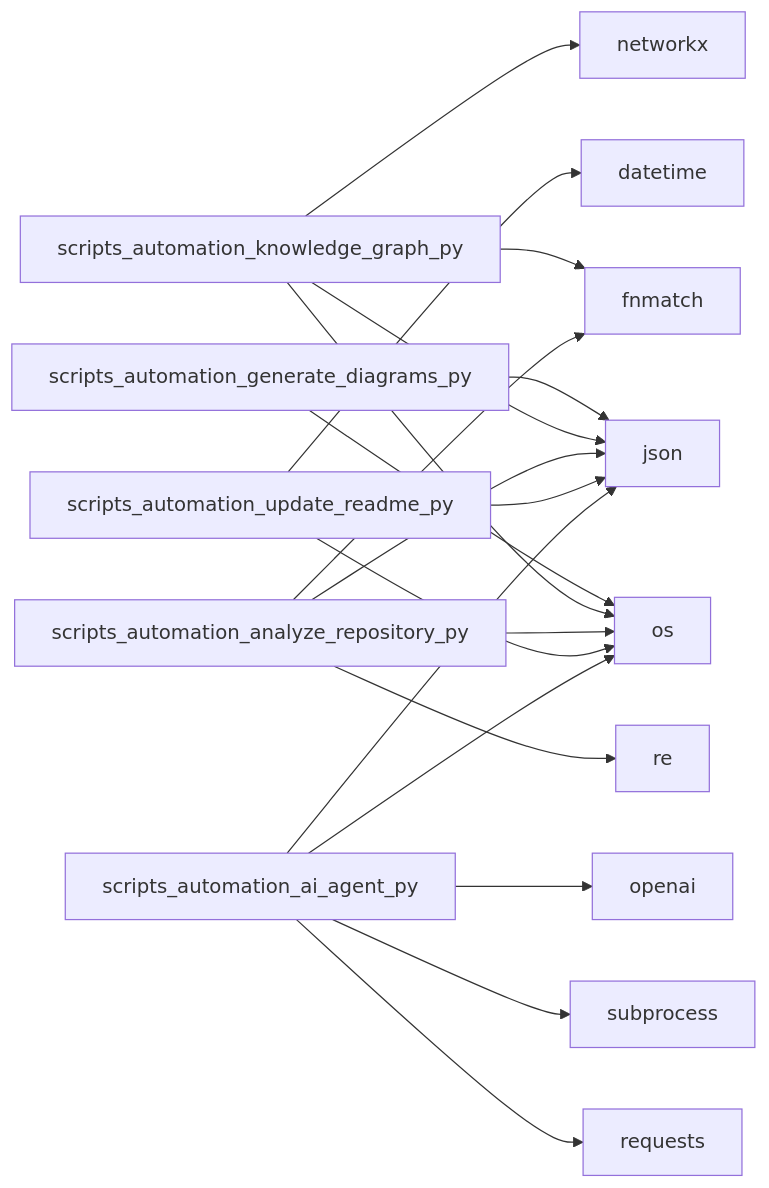
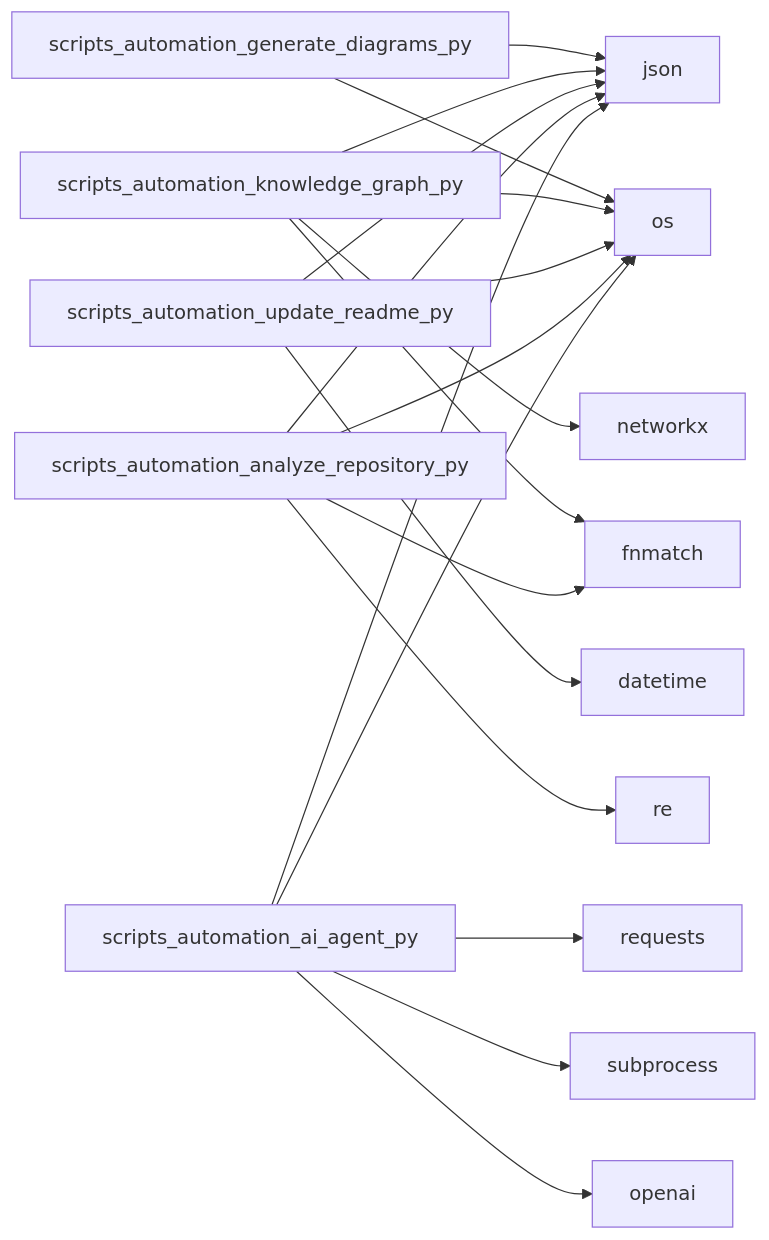
Before and after one commit to NITISH-R-G/FUTURE_DS_01: the second of 2 diagrams in README.md, drawn with Mermaid. The commit also changed other lines of this file and 3 other files, not shown here.

Commit message:
docs: auto-update repository state and diagrams [skip auto]

````diff
--- a/README.md
+++ b/README.md
@@ -39,21 +39,21 @@
 ```mermaid
 graph LR;
     scripts_automation_generate_diagrams_py --> json;
     scripts_automation_generate_diagrams_py --> os;
     scripts_automation_knowledge_graph_py --> os;
     scripts_automation_knowledge_graph_py --> json;
     scripts_automation_knowledge_graph_py --> networkx;
     scripts_automation_knowledge_graph_py --> fnmatch;
+    scripts_automation_update_readme_py --> json;
+    scripts_automation_update_readme_py --> os;
+    scripts_automation_update_readme_py --> datetime;
     scripts_automation_analyze_repository_py --> os;
     scripts_automation_analyze_repository_py --> json;
     scripts_automation_analyze_repository_py --> fnmatch;
     scripts_automation_analyze_repository_py --> re;
-    scripts_automation_update_readme_py --> json;
-    scripts_automation_update_readme_py --> os;
-    scripts_automation_update_readme_py --> datetime;
     scripts_automation_ai_agent_py --> os;
     scripts_automation_ai_agent_py --> requests;
     scripts_automation_ai_agent_py --> json;
     scripts_automation_ai_agent_py --> subprocess;
     scripts_automation_ai_agent_py --> openai;
 ```
````
